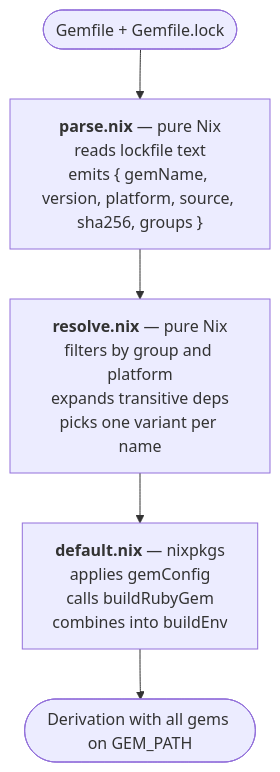
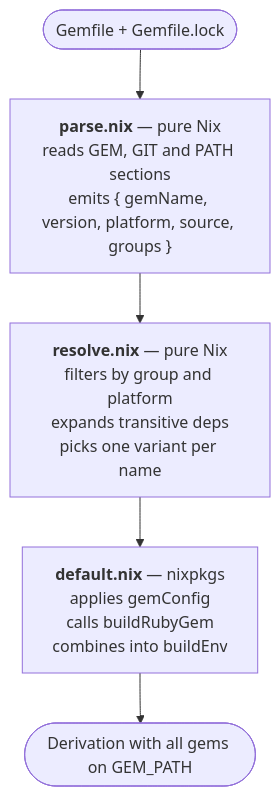
Before and after one commit to omc/gems4nix: the diagram in ARCHITECTURE.md, drawn with Mermaid. The commit also changed other lines of this file and 2 other files, not shown here.

First line of the commit message:
document git and path sources, and what they still cannot do

````diff
--- a/ARCHITECTURE.md
+++ b/ARCHITECTURE.md
@@ -5,10 +5,10 @@
 ```mermaid
 flowchart TD
     input([Gemfile + Gemfile.lock])
-    parse["<b>parse.nix</b> — pure Nix<br/>reads lockfile text<br/>emits { gemName, version, platform, source, sha256, groups }"]
+    parse["<b>parse.nix</b> — pure Nix<br/>reads GEM, GIT and PATH sections<br/>emits { gemName, version, platform, source, groups }"]
     resolve["<b>resolve.nix</b> — pure Nix<br/>filters by group and platform<br/>expands transitive deps<br/>picks one variant per name"]
     build["<b>default.nix</b> — nixpkgs<br/>applies gemConfig<br/>calls buildRubyGem<br/>combines into buildEnv"]
     output([Derivation with all gems on GEM_PATH])
 
     input --> parse --> resolve --> build --> output
 ```
````
